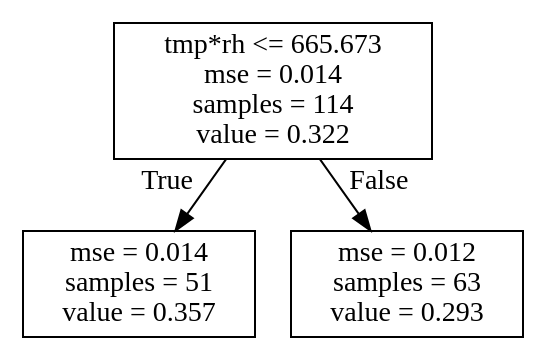
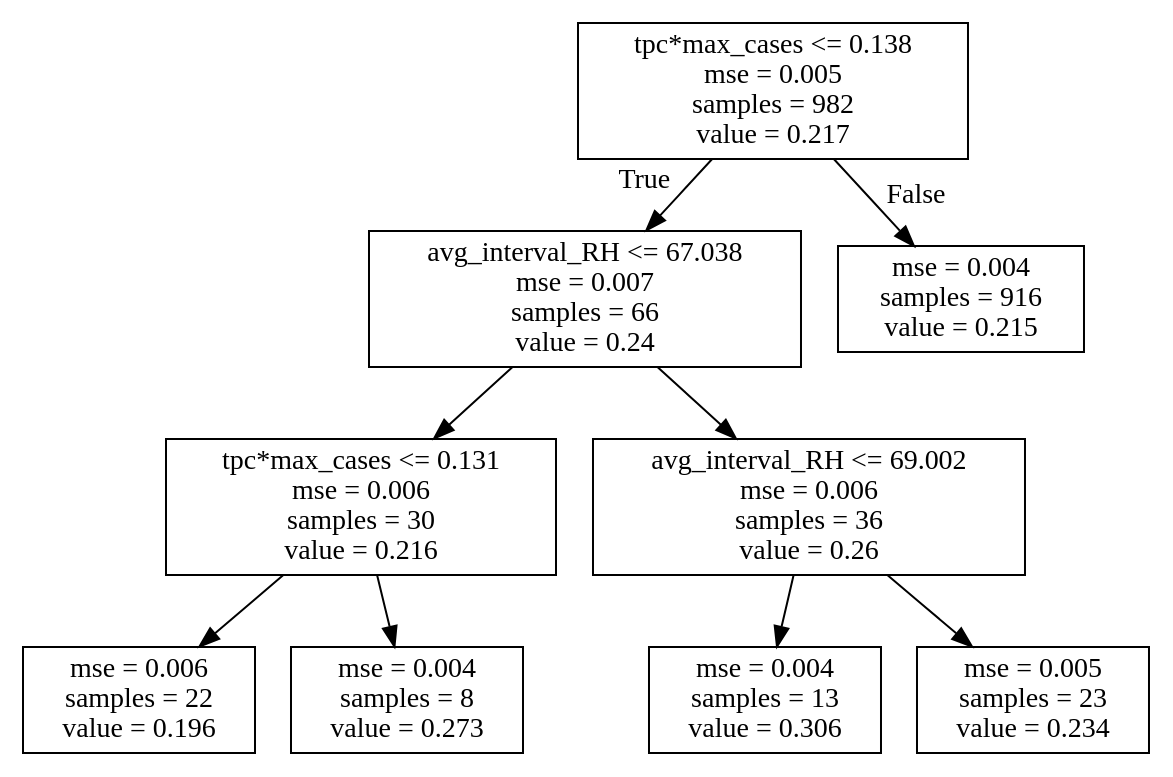
The diagram in products/decision_tree/decision_tree_EXP_GF_Q3_run2.dot (hopl1t/covid19), drawn with Graphviz before and after one commit. The commit also changed 55 other files, not shown here.

```diff
--- a/products/decision_tree/decision_tree_EXP_GF_Q3_run2.dot
+++ b/products/decision_tree/decision_tree_EXP_GF_Q3_run2.dot
@@ -1,8 +1,20 @@
 digraph Tree {
 node [shape=box] ;
-0 [label="tmp*rh <= 665.673\nmse = 0.014\nsamples = 114\nvalue = 0.322"] ;
-1 [label="mse = 0.014\nsamples = 51\nvalue = 0.357"] ;
+0 [label="tpc*max_cases <= 0.138\nmse = 0.005\nsamples = 982\nvalue = 0.217"] ;
+1 [label="avg_interval_RH <= 67.038\nmse = 0.007\nsamples = 66\nvalue = 0.24"] ;
 0 -> 1 [labeldistance=2.5, labelangle=45, headlabel="True"] ;
-2 [label="mse = 0.012\nsamples = 63\nvalue = 0.293"] ;
-0 -> 2 [labeldistance=2.5, labelangle=-45, headlabel="False"] ;
+2 [label="tpc*max_cases <= 0.131\nmse = 0.006\nsamples = 30\nvalue = 0.216"] ;
+1 -> 2 ;
+3 [label="mse = 0.006\nsamples = 22\nvalue = 0.196"] ;
+2 -> 3 ;
+4 [label="mse = 0.004\nsamples = 8\nvalue = 0.273"] ;
+2 -> 4 ;
+5 [label="avg_interval_RH <= 69.002\nmse = 0.006\nsamples = 36\nvalue = 0.26"] ;
+1 -> 5 ;
+6 [label="mse = 0.004\nsamples = 13\nvalue = 0.306"] ;
+5 -> 6 ;
+7 [label="mse = 0.005\nsamples = 23\nvalue = 0.234"] ;
+5 -> 7 ;
+8 [label="mse = 0.004\nsamples = 916\nvalue = 0.215"] ;
+0 -> 8 [labeldistance=2.5, labelangle=-45, headlabel="False"] ;
 }
```
